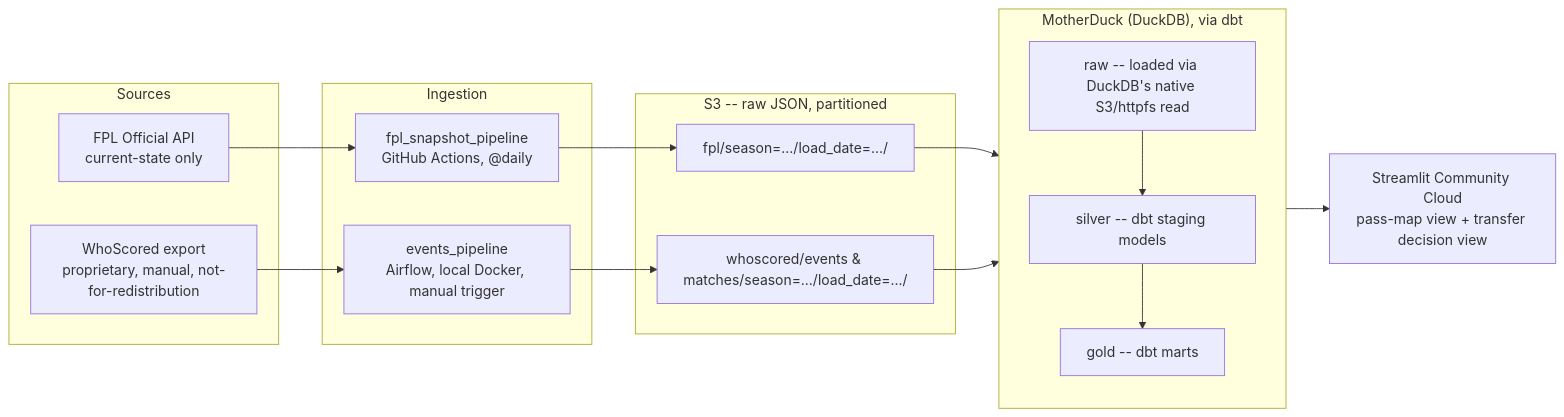
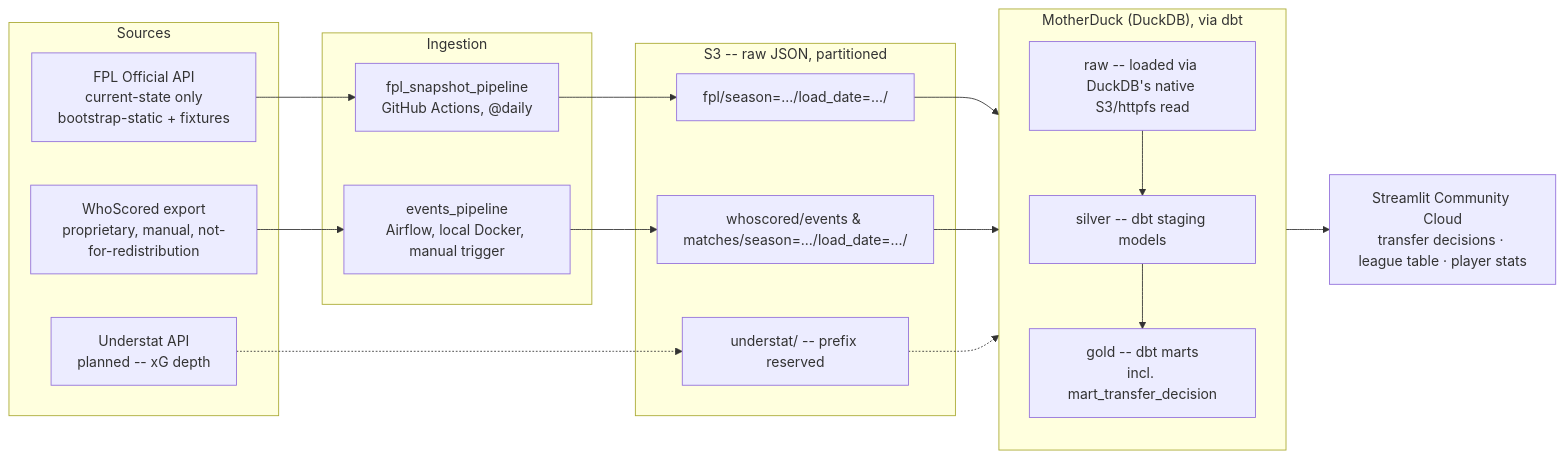
One commit to liban-osman/premier-league changed the diagram in docs/architecture.md. Above: the diagram before and after it, drawn with Mermaid. The commit also changed other lines of this file and 1 other file, not shown here.

First line of the commit message:
docs: update architecture and decision log for phase 4 + league pages

````diff
--- a/docs/architecture.md
+++ b/docs/architecture.md
@@ -10,28 +10,31 @@
 ```mermaid
 flowchart LR
     subgraph Sources
-        FPL["FPL Official API<br/>current-state only"]
+        FPL["FPL Official API<br/>current-state only<br/>bootstrap-static + fixtures"]
         WS["WhoScored export<br/>proprietary, manual, not-for-redistribution"]
+        US["Understat API<br/>planned -- xG depth"]
     end
 
     subgraph Ingestion["Ingestion"]
         FPL_TASK["fpl_snapshot_pipeline<br/>GitHub Actions, @daily"]
         WS_TASK["events_pipeline<br/>Airflow, local Docker, manual trigger"]
     end
 
     subgraph Landing["S3 -- raw JSON, partitioned"]
         S3_FPL["fpl/season=.../load_date=.../"]
         S3_WS["whoscored/events & matches/season=.../load_date=.../"]
+        S3_US["understat/ -- prefix reserved"]
     end
 
     subgraph Warehouse["MotherDuck (DuckDB), via dbt"]
         direction TB
-        RAW["raw -- loaded via DuckDB's native S3/httpfs read"] --> SILVER["silver -- dbt staging models"] --> GOLD["gold -- dbt marts"]
+        RAW["raw -- loaded via DuckDB's native S3/httpfs read"] --> SILVER["silver -- dbt staging models"] --> GOLD["gold -- dbt marts<br/>incl. mart_transfer_decision"]
     end
 
-    Consumption["Streamlit Community Cloud<br/>pass-map view + transfer decision view"]
+    Consumption["Streamlit Community Cloud<br/>transfer decisions · league table · player stats"]
 
     FPL --> FPL_TASK --> S3_FPL --> RAW
     WS --> WS_TASK --> S3_WS --> RAW
+    US -.-> S3_US -.-> RAW
     GOLD --> Consumption
 ```
````
